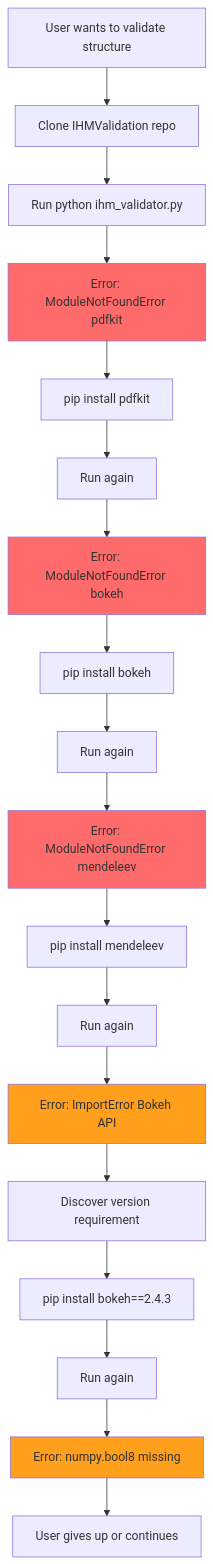
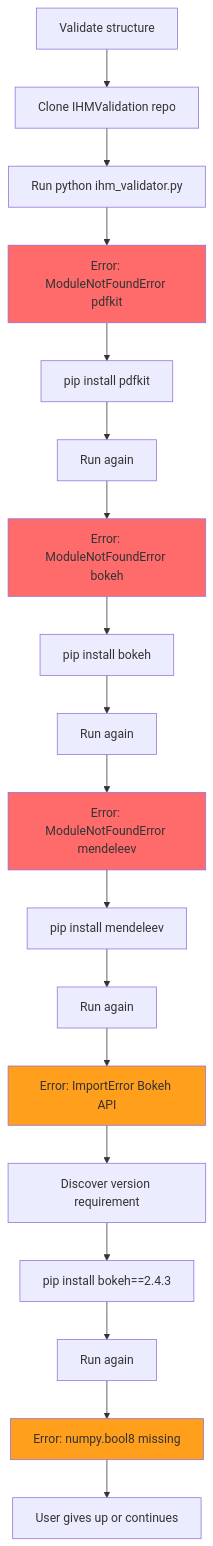
One commit to ShravyaRS/IHMValidation-Analysis changed the first of 3 diagrams in README.md. Above: the diagram before and after it, drawn with Mermaid.

Commit message:
Update flowchart to clarify user validation steps

````diff
--- a/README.md
+++ b/README.md
@@ -88,26 +88,26 @@
 ```mermaid
 flowchart TD
-    A[User wants to validate structure] --> B[Clone IHMValidation repo]
+    A[Validate structure] --> B[Clone IHMValidation repo]
     B --> C[Run python ihm_validator.py]
     C --> D[Error: ModuleNotFoundError pdfkit]
     D --> E[pip install pdfkit]
     E --> F[Run again]
     F --> G[Error: ModuleNotFoundError bokeh]
     G --> H[pip install bokeh]
     H --> I[Run again]
     I --> J[Error: ModuleNotFoundError mendeleev]
     J --> K[pip install mendeleev]
     K --> L[Run again]
     L --> M[Error: ImportError Bokeh API]
     M --> N[Discover version requirement]
     N --> O[pip install bokeh==2.4.3]
     O --> P[Run again]
     P --> Q[Error: numpy.bool8 missing]
     Q --> R[User gives up or continues]
     
     style D fill:#ff6b6b
     style G fill:#ff6b6b
     style J fill:#ff6b6b
     style M fill:#ff9f1c
     style Q fill:#ff9f1c
 ```
````
